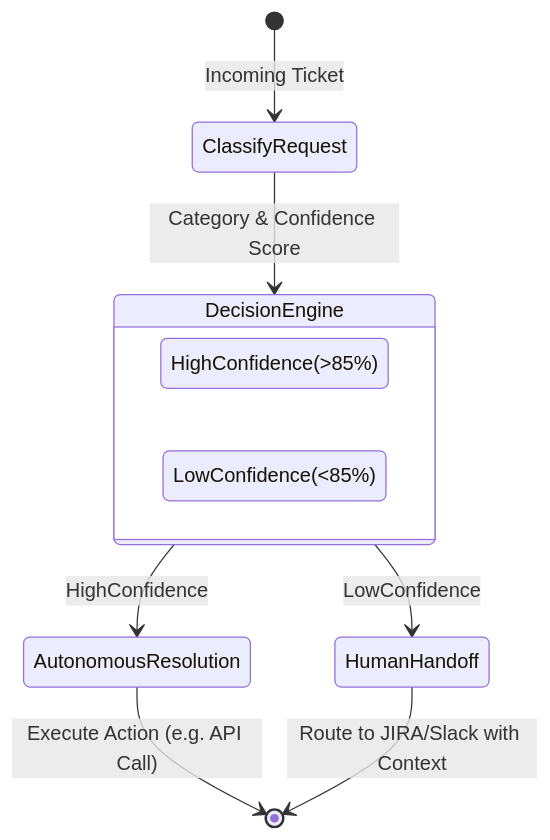
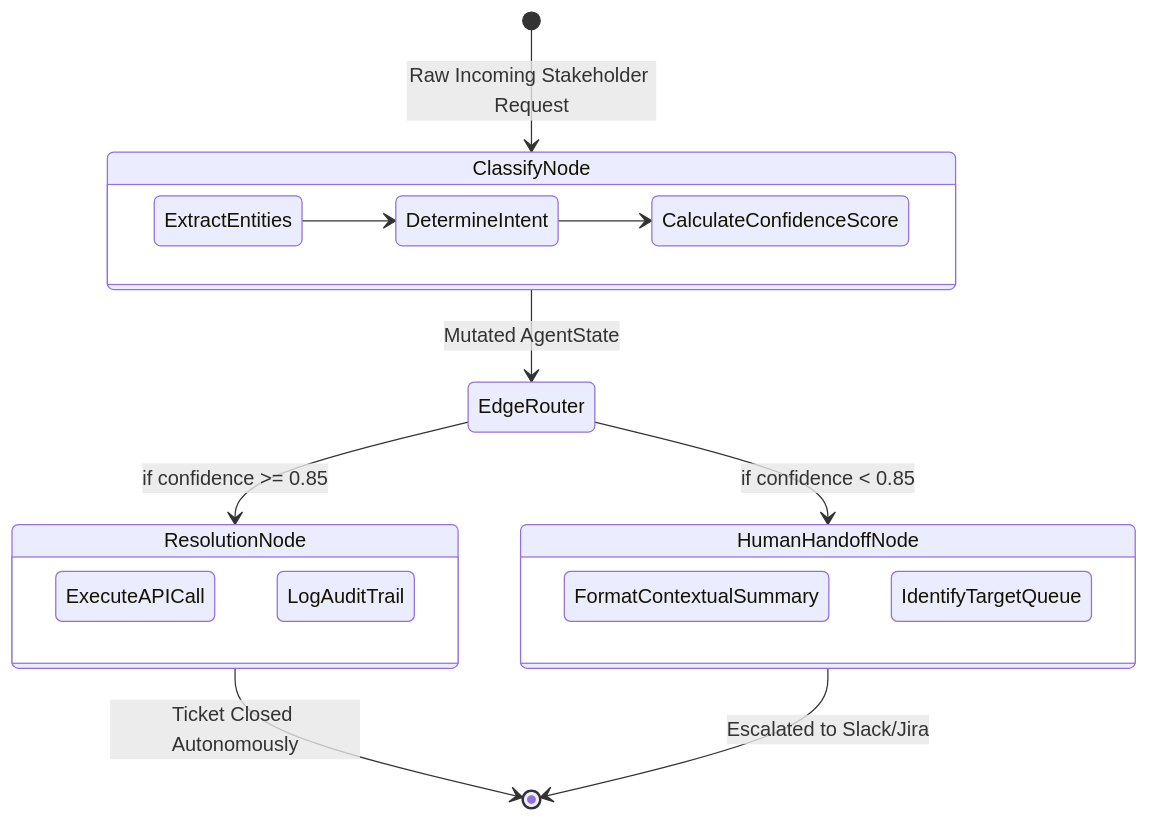
One commit to manavanandani/AITriageAgent changed the diagram in README.md. Above: the diagram before and after it, drawn with Mermaid. The commit also changed other lines of this file, not shown here.

Commit message:
Docs: Complete high-fidelity presentation README expansion

````diff
--- a/README.md
+++ b/README.md
@@ -13,18 +22,31 @@
 ```mermaid
 stateDiagram-v2
-    [*] --> ClassifyRequest : Incoming Ticket
+    direction TB
     
-    ClassifyRequest --> DecisionEngine : Category & Confidence Score
+    [*] --> ClassifyNode : Raw Incoming Stakeholder Request
     
-    state DecisionEngine {
+    state ClassifyNode {
         direction LR
-        HighConfidence(>85%)
-        LowConfidence(<85%)
+        ExtractEntities --> DetermineIntent
+        DetermineIntent --> CalculateConfidenceScore
     }
     
-    DecisionEngine --> AutonomousResolution : HighConfidence
-    DecisionEngine --> HumanHandoff : LowConfidence
+    ClassifyNode --> EdgeRouter : Mutated AgentState
     
-    AutonomousResolution --> [*] : Execute Action (e.g. API Call)
-    HumanHandoff --> [*] : Route to JIRA/Slack with Context
+    state EdgeRouter <<choice>>
+    EdgeRouter --> ResolutionNode : if confidence >= 0.85
+    EdgeRouter --> HumanHandoffNode : if confidence < 0.85
+    
+    state ResolutionNode {
+        ExecuteAPICall
+        LogAuditTrail
+    }
+    
+    state HumanHandoffNode {
+        FormatContextualSummary
+        IdentifyTargetQueue
+    }
+    
+    ResolutionNode --> [*] : Ticket Closed Autonomously
+    HumanHandoffNode --> [*] : Escalated to Slack/Jira
 ```
````
